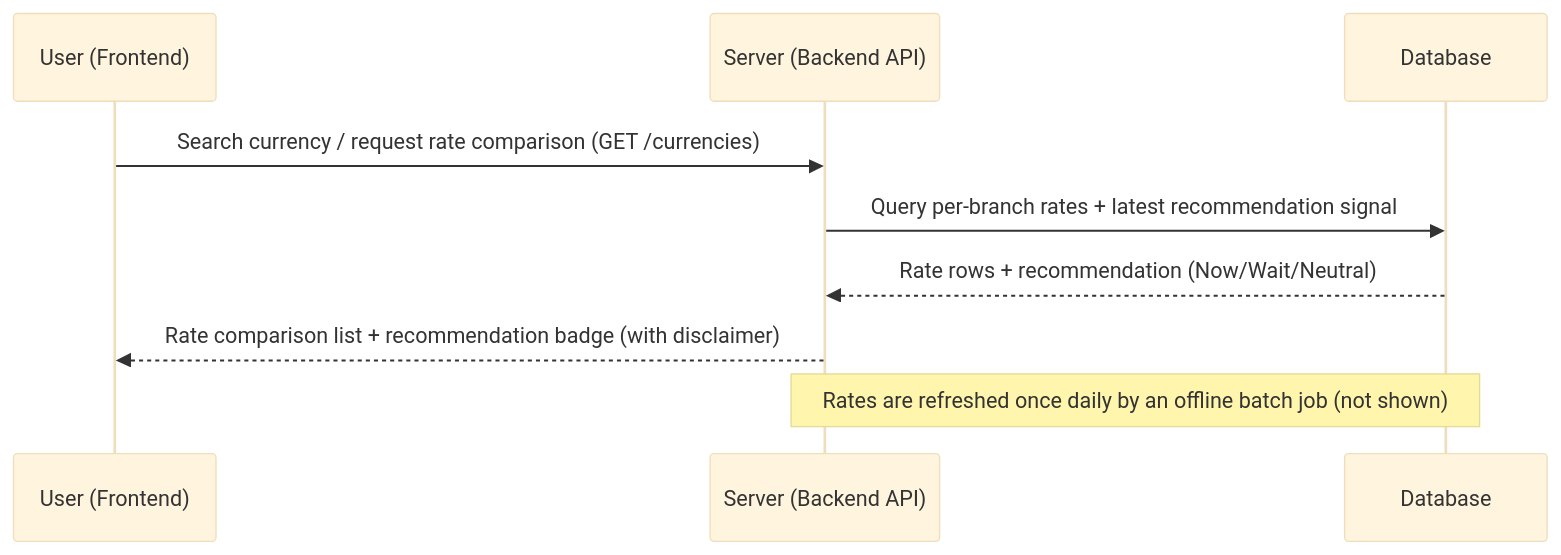
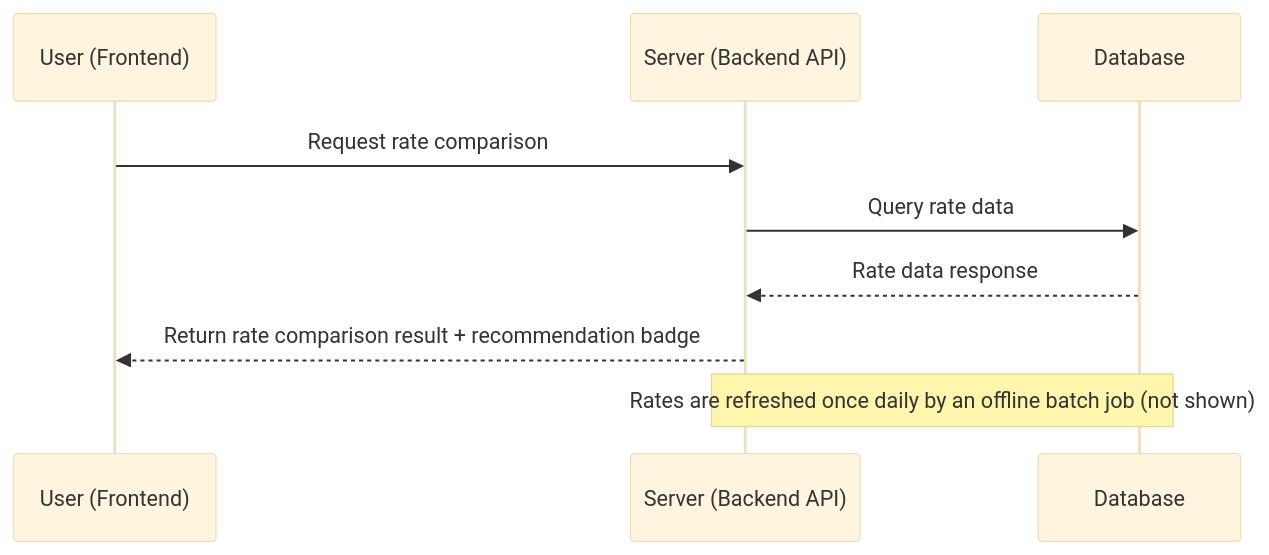
Before and after one commit to vietnam-internship/docs: the first of 2 diagrams in be/Sequence_Diagrams_EN.md, drawn with Mermaid (base theme). The commit also changed other lines of this file, not shown here.

````diff
--- a/be/Sequence_Diagrams_EN.md
+++ b/be/Sequence_Diagrams_EN.md
@@ -13,13 +13,13 @@
 ```mermaid
 sequenceDiagram
     participant User as User (Frontend)
     participant Server as Server (Backend API)
     participant DB as Database
 
-    User->>Server: Search currency / request rate comparison (GET /currencies)
-    Server->>DB: Query per-branch rates + latest recommendation signal
-    DB-->>Server: Rate rows + recommendation (Now/Wait/Neutral)
-    Server-->>User: Rate comparison list + recommendation badge (with disclaimer)
+    User->>Server: Request rate comparison
+    Server->>DB: Query rate data
+    DB-->>Server: Rate data response
+    Server-->>User: Return rate comparison result + recommendation badge
 
     Note over Server,DB: Rates are refreshed once daily by an offline batch job (not shown)
 ```
````
